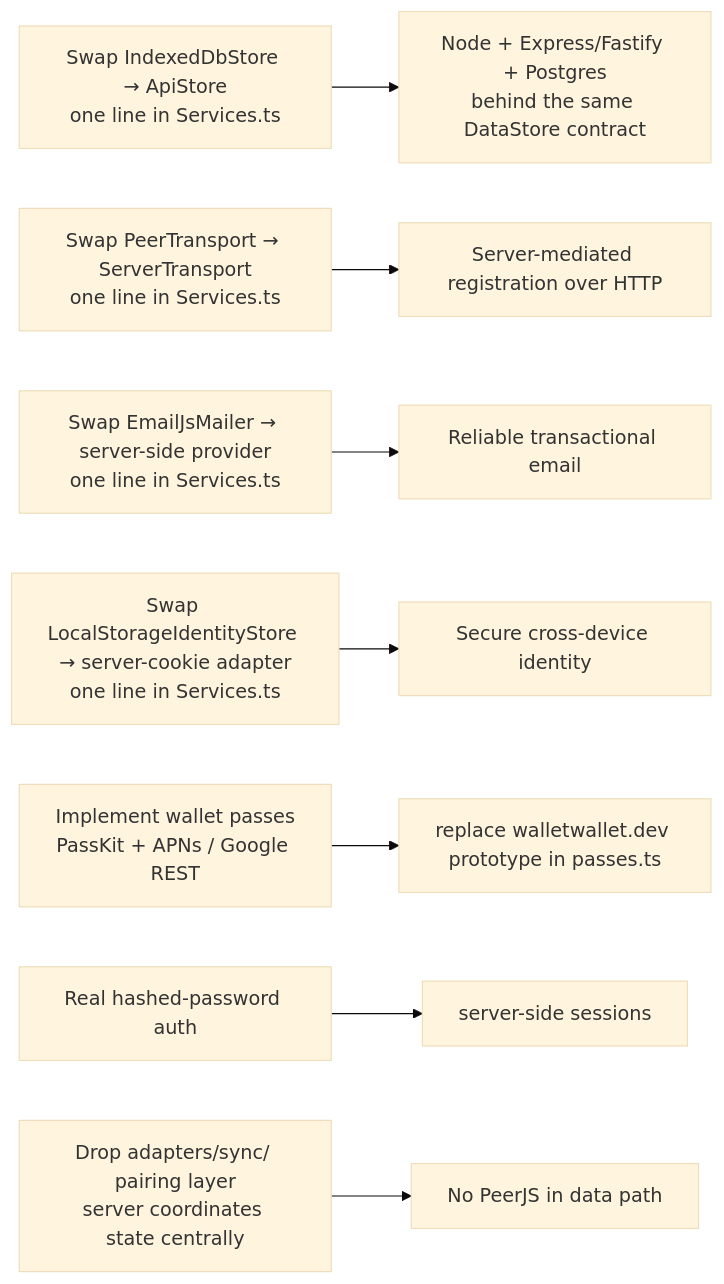
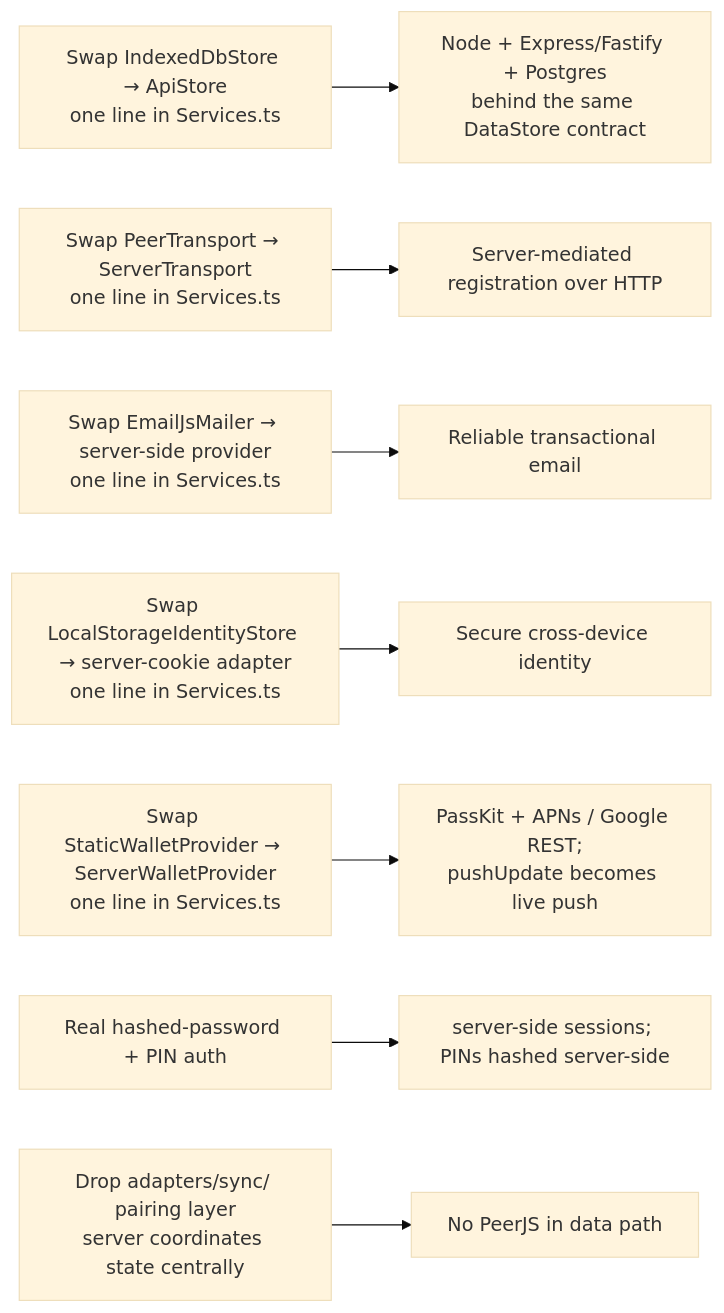
One commit to misch0n/loyalty-system changed the sixth of 6 diagrams in README.md. Above: the diagram before and after it, drawn with Mermaid (base theme). The commit also changed other lines of this file and 2 other files, not shown here.

````diff
--- a/README.md
+++ b/README.md
@@ -428,10 +448,10 @@
 ```mermaid
 flowchart LR
     A[Swap IndexedDbStore → ApiStore<br/>one line in Services.ts] --> B[Node + Express/Fastify + Postgres<br/>behind the same DataStore contract]
     C[Swap PeerTransport → ServerTransport<br/>one line in Services.ts] --> D[Server-mediated registration over HTTP]
     E[Swap EmailJsMailer → server-side provider<br/>one line in Services.ts] --> F[Reliable transactional email]
     G[Swap LocalStorageIdentityStore → server-cookie adapter<br/>one line in Services.ts] --> H[Secure cross-device identity]
-    I[Implement wallet passes<br/>PassKit + APNs / Google REST] --> J[replace walletwallet.dev prototype in passes.ts]
-    K[Real hashed-password auth] --> L[server-side sessions]
+    I[Swap StaticWalletProvider → ServerWalletProvider<br/>one line in Services.ts] --> J[PassKit + APNs / Google REST;<br/>pushUpdate becomes live push]
+    K[Real hashed-password + PIN auth] --> L[server-side sessions; PINs hashed server-side]
     M[Drop adapters/sync/ pairing layer<br/>server coordinates state centrally] --> N[No PeerJS in data path]
 ```
````
